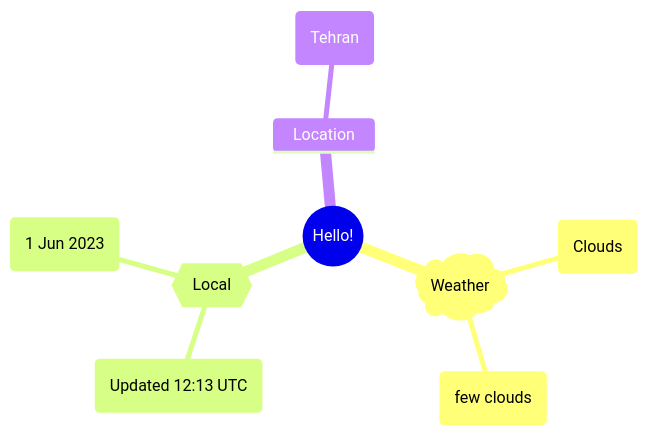
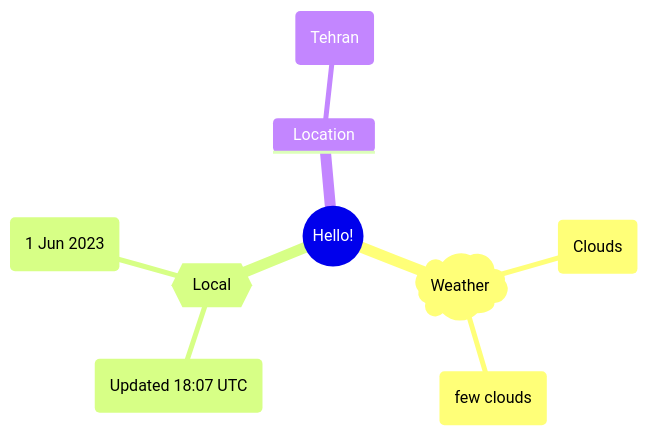
Before and after one commit to Xosrov/Xosrov: the first of 2 diagrams in README.md, drawn with Mermaid.

Commit message:
[bot] updated images

````diff
--- a/README.md
+++ b/README.md
@@ -3,12 +3,12 @@
 ```mermaid
 mindmap
   root((Hello!))
     )Weather(
         (Clouds)
         (few clouds)
     {{Local}}
-        (Updated 12:13 UTC)
+        (Updated 18:07 UTC)
         (1 Jun 2023)
     Location
         (Tehran)
 ```
````
